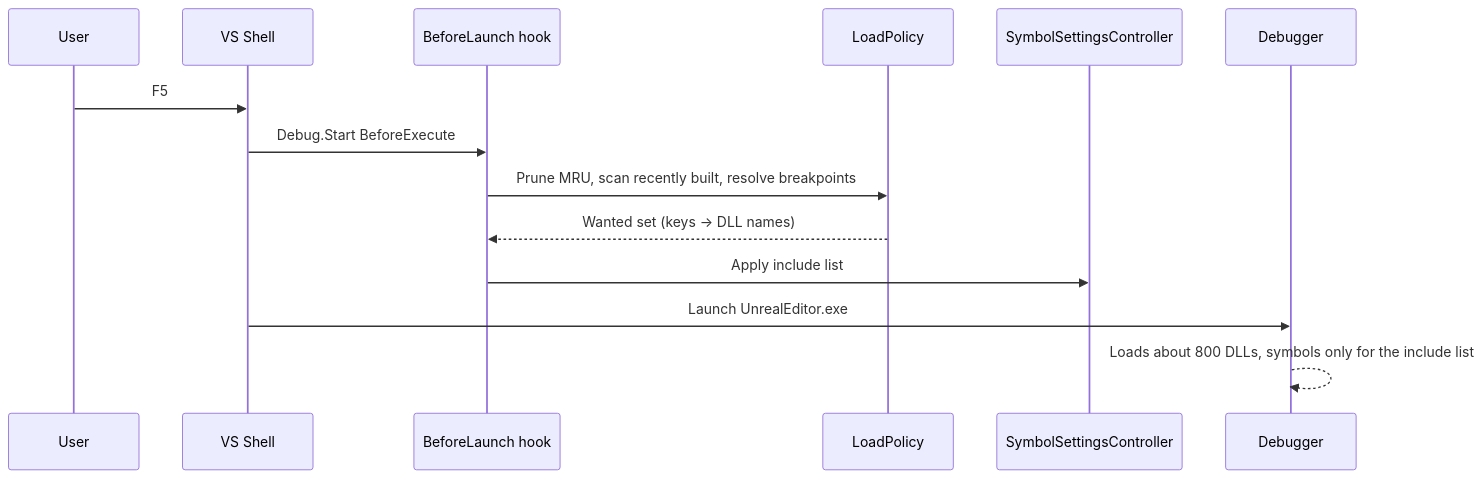
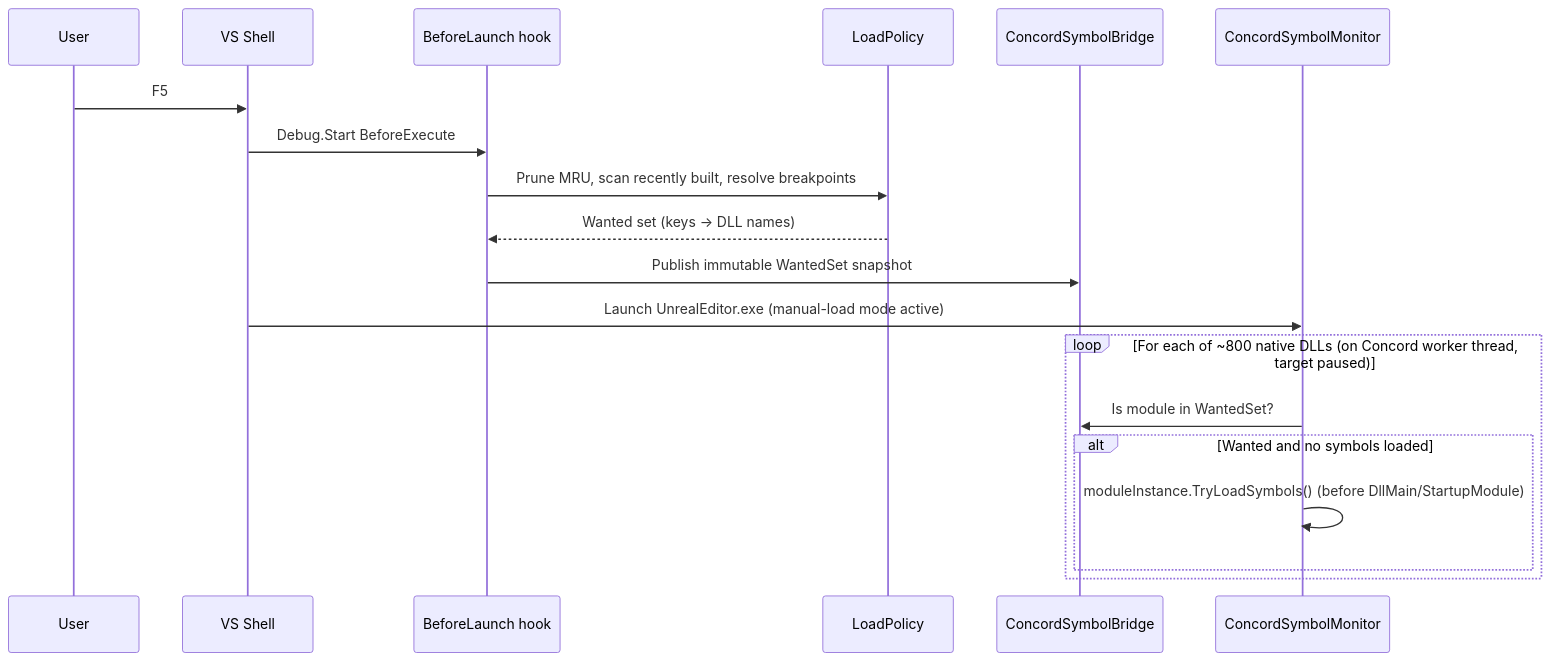
The second of 3 diagrams in docs/ARCHITECTURE.md (mattshepcar/VSOnDemandSymbols), drawn with Mermaid before and after one commit. The commit also changed other lines of this file and 11 other files, not shown here.

Commit message:
Revise spec, architecture, and Phase 0 spikes to use Concord Hybrid (D-15)

````diff
--- a/docs/ARCHITECTURE.md
+++ b/docs/ARCHITECTURE.md
@@ -111,16 +110,21 @@
 ```mermaid
 sequenceDiagram
     participant U as User
     participant VS as VS Shell
     participant H as BeforeLaunch hook
     participant P as LoadPolicy
-    participant S as SymbolSettingsController
-    participant D as Debugger
+    participant B as ConcordSymbolBridge
+    participant C as ConcordSymbolMonitor
     U->>VS: F5
     VS->>H: Debug.Start BeforeExecute
     H->>P: Prune MRU, scan recently built, resolve breakpoints
     P-->>H: Wanted set (keys → DLL names)
-    H->>S: Apply include list
-    VS->>D: Launch UnrealEditor.exe
-    D-->>D: Loads about 800 DLLs, symbols only for the include list
+    H->>B: Publish immutable WantedSet snapshot
+    VS->>C: Launch UnrealEditor.exe (manual-load mode active)
+    loop For each of ~800 native DLLs (on Concord worker thread, target paused)
+        C->>B: Is module in WantedSet?
+        alt Wanted and no symbols loaded
+            C->>C: moduleInstance.TryLoadSymbols() (before DllMain/StartupModule)
+        end
+    end
 ```
````
